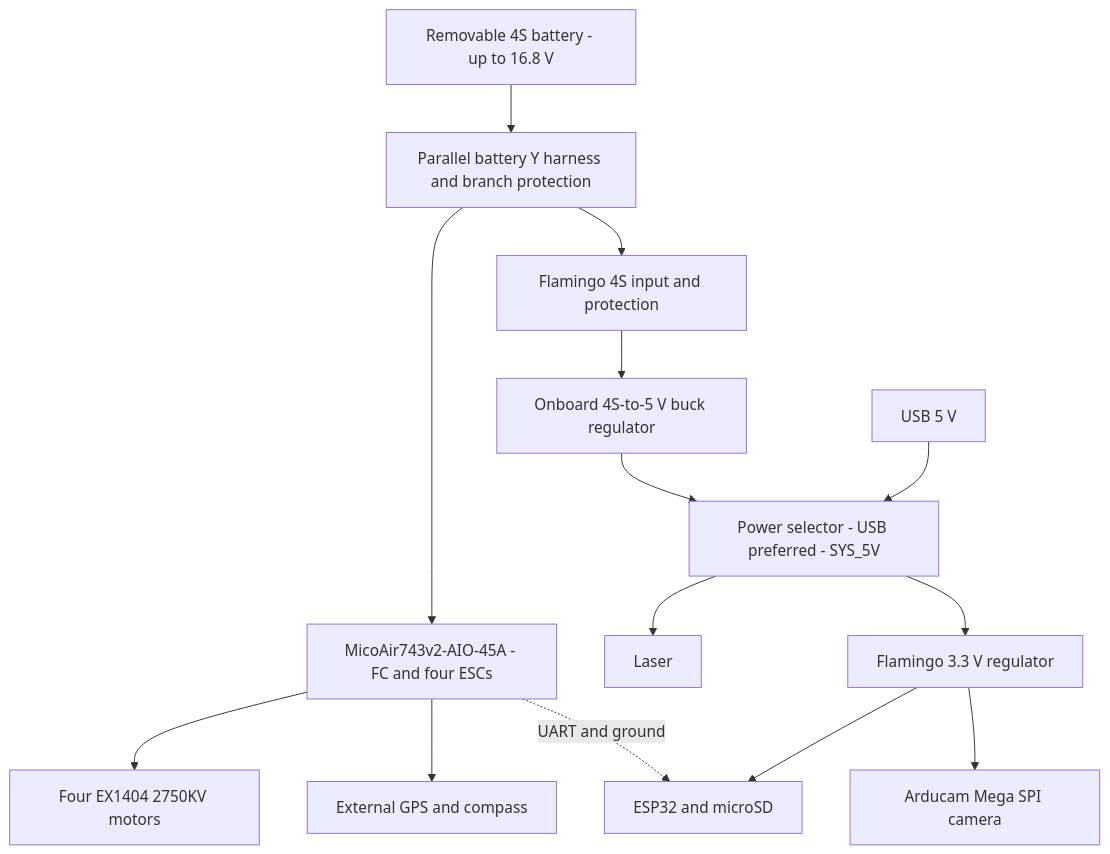
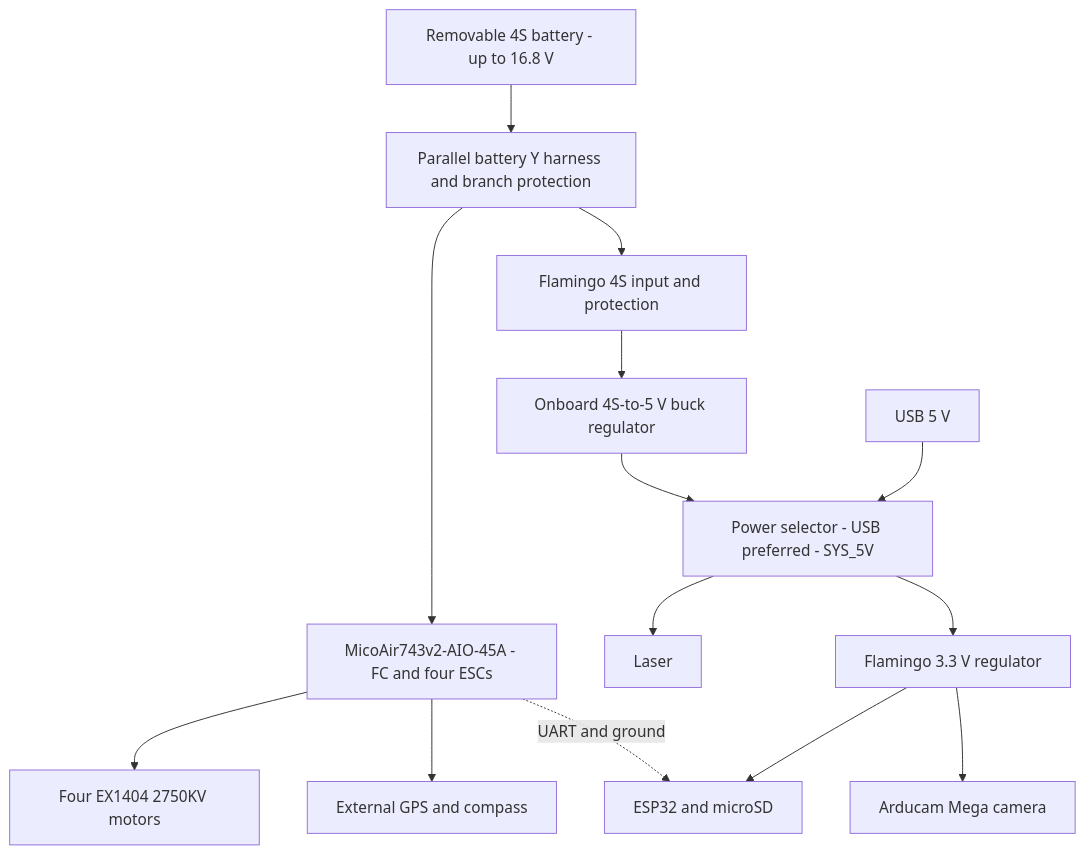
One commit to carnegie-mellon-rocket-command/payload-hw27-usli changed the diagram in Flamingo/COMPONENTS.md. Above: the diagram before and after it, drawn with Mermaid. The commit also changed other lines of this file and 15 other files, not shown here.

````diff
--- a/Flamingo/COMPONENTS.md
+++ b/Flamingo/COMPONENTS.md
@@ -24,16 +28,16 @@
 ```mermaid
 flowchart TD
     B[Removable 4S battery - up to 16.8 V] --> P[Parallel battery Y harness and branch protection]
     P --> FC[MicoAir743v2-AIO-45A - FC and four ESCs]
     FC --> M[Four EX1404 2750KV motors]
     FC --> GPS[External GPS and compass]
     FC -. UART and ground .-> E
     P --> FIN[Flamingo 4S input and protection]
     FIN --> V5[Onboard 4S-to-5 V buck regulator]
     S --> L[Laser]
     V5 --> S[Power selector - USB preferred - SYS_5V]
     U[USB 5 V] --> S
     S --> V3[Flamingo 3.3 V regulator]
     V3 --> E[ESP32 and microSD]
-    V3 --> C[Arducam Mega SPI camera]
+    V3 --> C[Arducam Mega camera]
 ```
````
